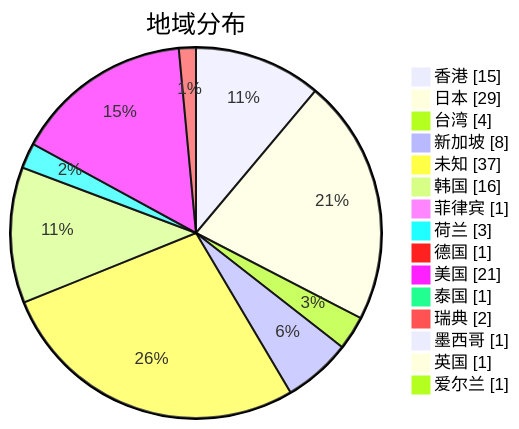
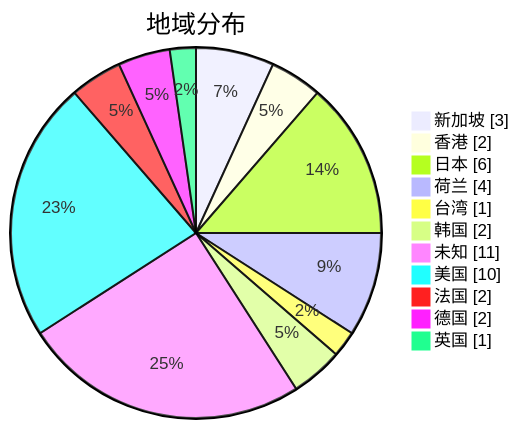
The second of 3 diagrams in subs/statistics/tested_within.md (qjlxg/airport), drawn with Mermaid before and after one commit. The commit also changed other lines of this file and 2 other files, not shown here.

Commit message:
Tested by metaST

````diff
--- a/subs/statistics/tested_within.md
+++ b/subs/statistics/tested_within.md
@@ -11,19 +10,15 @@
 ```mermaid
 pie showData
 title 地域分布
-"香港" : 15
-"日本" : 29
-"台湾" : 4
-"新加坡" : 8
-"未知" : 37
-"韩国" : 16
-"菲律宾" : 1
-"荷兰" : 3
-"德国" : 1
-"美国" : 21
-"泰国" : 1
-"瑞典" : 2
-"墨西哥" : 1
+"新加坡" : 3
+"香港" : 2
+"日本" : 6
+"荷兰" : 4
+"台湾" : 1
+"韩国" : 2
+"未知" : 11
+"美国" : 10
+"法国" : 2
+"德国" : 2
 "英国" : 1
-"爱尔兰" : 1
 ```
````
